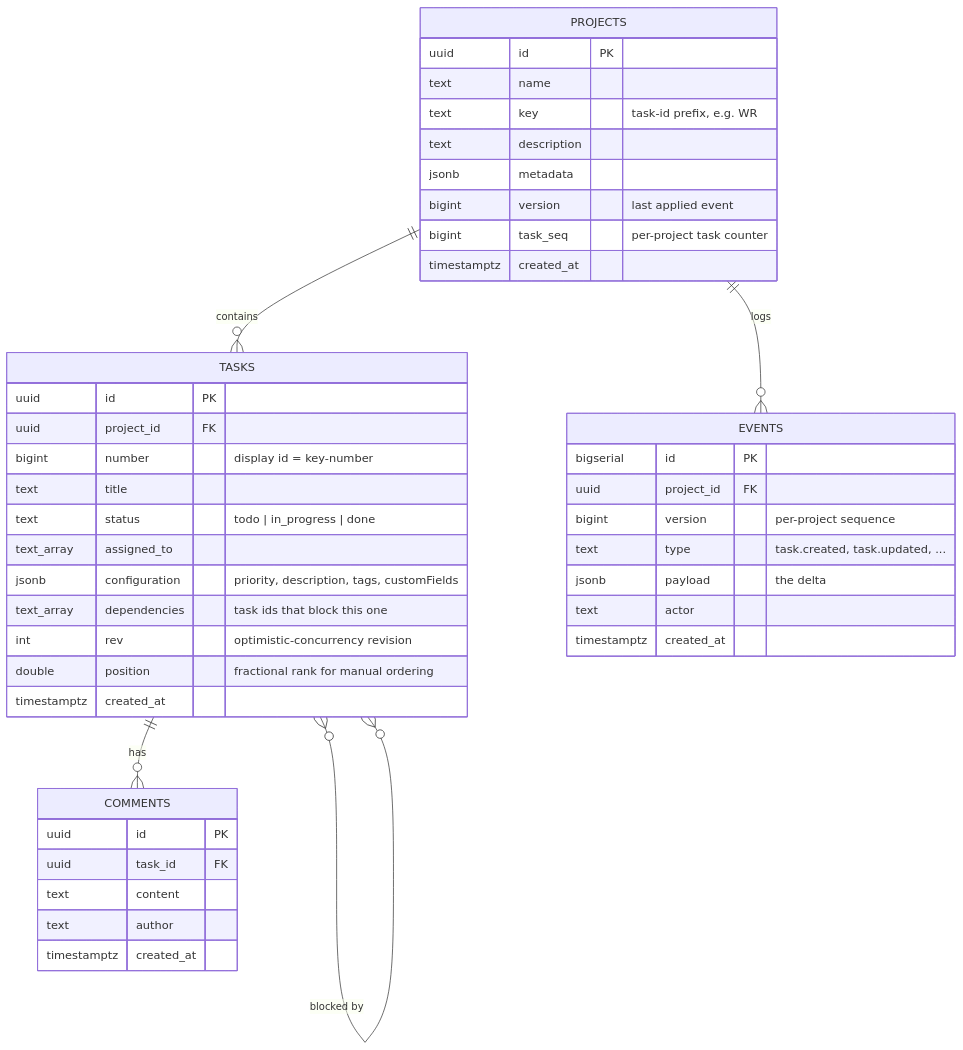
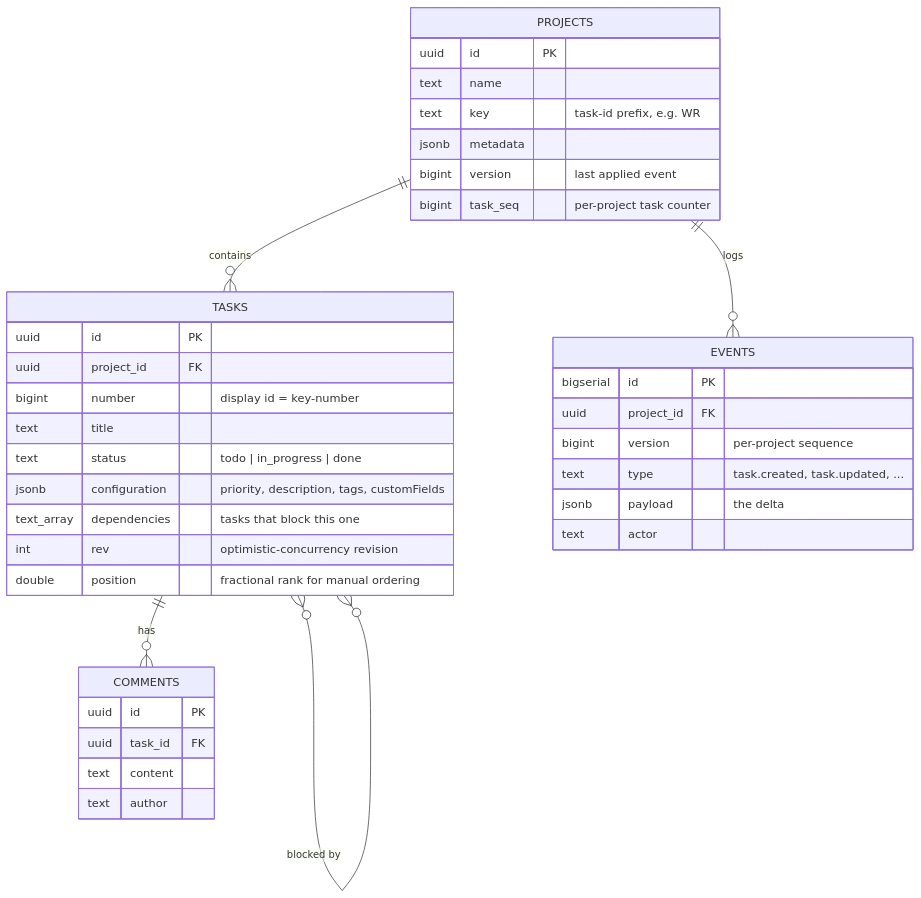
Before and after one commit to AkashRupapara/taskflow: the third of 3 diagrams in README.md, drawn with Mermaid. The commit also changed other lines of this file, not shown here.

````diff
--- a/README.md
+++ b/README.md
@@ -109,47 +140,41 @@
 ```mermaid
 erDiagram
   PROJECTS ||--o{ TASKS : contains
   PROJECTS ||--o{ EVENTS : logs
   TASKS ||--o{ COMMENTS : has
   TASKS }o--o{ TASKS : "blocked by"
 
   PROJECTS {
     uuid id PK
     text name
     text key "task-id prefix, e.g. WR"
-    text description
     jsonb metadata
     bigint version "last applied event"
     bigint task_seq "per-project task counter"
-    timestamptz created_at
   }
   TASKS {
     uuid id PK
     uuid project_id FK
     bigint number "display id = key-number"
     text title
     text status "todo | in_progress | done"
-    text_array assigned_to
     jsonb configuration "priority, description, tags, customFields"
-    text_array dependencies "task ids that block this one"
+    text_array dependencies "tasks that block this one"
     int rev "optimistic-concurrency revision"
     double position "fractional rank for manual ordering"
-    timestamptz created_at
   }
   COMMENTS {
     uuid id PK
     uuid task_id FK
     text content
     text author
-    timestamptz created_at
   }
   EVENTS {
     bigserial id PK
     uuid project_id FK
     bigint version "per-project sequence"
     text type "task.created, task.updated, ..."
     jsonb payload "the delta"
     text actor
-    timestamptz created_at
   }
 ```
````
